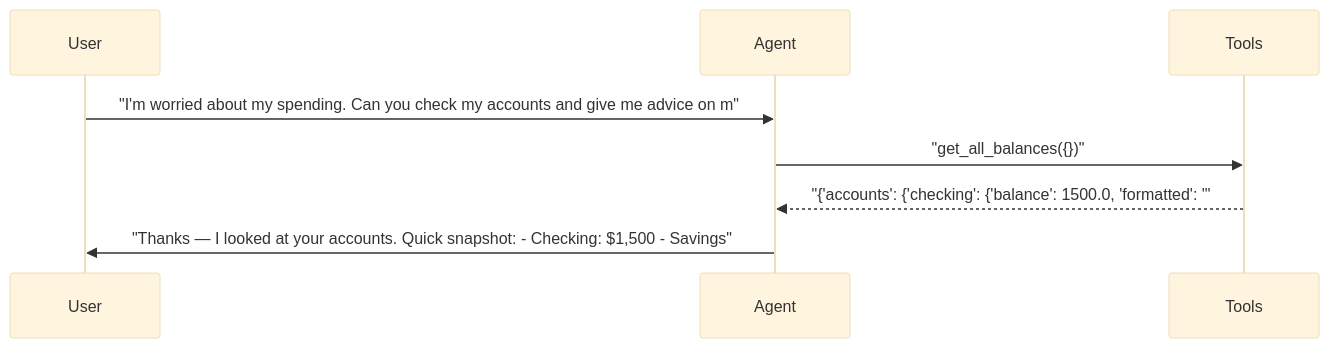
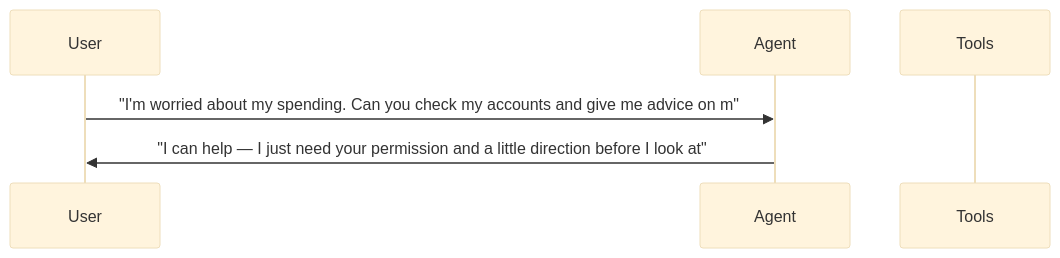
Diagram 19 of 25 in docs/demo/hero-report.md (sbroenne/pytest-aitest), drawn with Mermaid (base theme) before and after one commit. The commit also changed other lines of this file and 22 other files, not shown here.

````diff
--- a/docs/demo/hero-report.md
+++ b/docs/demo/hero-report.md
@@ -817,11 +932,9 @@
 ```mermaid
 sequenceDiagram
     participant User
     participant Agent
     participant Tools
 
     User->>Agent: "I'm worried about my spending. Can you check my accounts and give me advice on m"
-    Agent->>Tools: "get_all_balances({})"
-    Tools-->>Agent: "{'accounts': {'checking': {'balance': 1500.0, 'formatted': '"
-    Agent->>User: "Thanks — I looked at your accounts. Quick snapshot: - Checking: $1,500 - Savings"
+    Agent->>User: "I can help — I just need your permission and a little direction before I look at"
 ```
````
